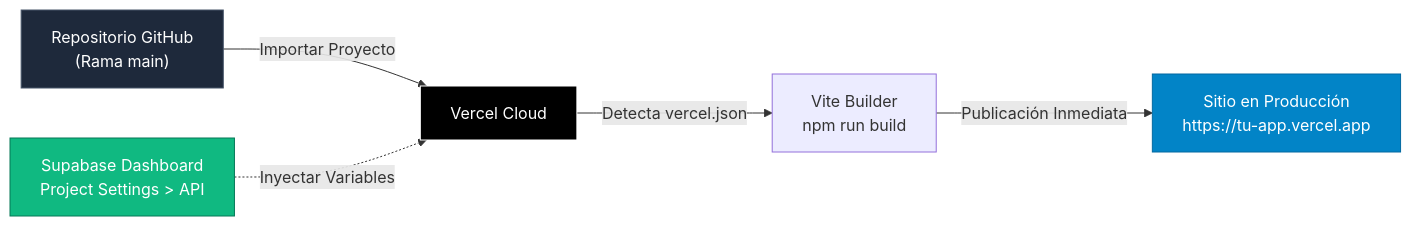
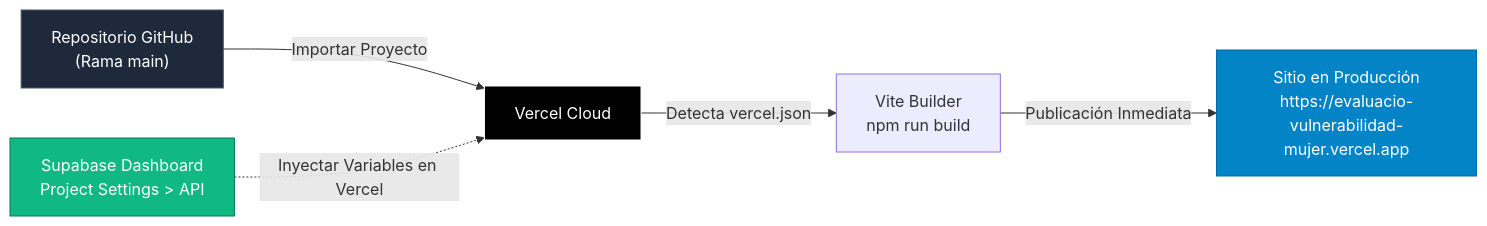
Before and after one commit to LillianaU/Evaluacio-Vulnerabilidad-mujer: the fifth of 5 diagrams in README.md, drawn with Mermaid. The commit also changed other lines of this file and 1 other file, not shown here.

First line of the commit message:
docs: add deployment details and Vercel project link

````diff
--- a/README.md
+++ b/README.md
@@ -405,12 +460,12 @@
 ```mermaid
 flowchart LR
     A["Repositorio GitHub<br/>(Rama main)"] -->|Importar Proyecto| B["Vercel Cloud"]
     B -->|Detecta vercel.json| C["Vite Builder<br/>npm run build"]
-    D["Supabase Dashboard<br/>Project Settings > API"] -.->|Inyectar Variables| B
-    C -->|Publicación Inmediata| E["Sitio en Producción<br/>https://tu-app.vercel.app"]
+    D["Supabase Dashboard<br/>Project Settings > API"] -.->|Inyectar Variables en Vercel| B
+    C -->|Publicación Inmediata| E["Sitio en Producción<br/>https://evaluacio-vulnerabilidad-mujer.vercel.app"]
 
     style A fill:#1e293b,stroke:#475569,color:#fff
     style B fill:#000,stroke:#fff,color:#fff
     style D fill:#10b981,stroke:#047857,color:#fff
     style E fill:#0284c7,stroke:#0369a1,color:#fff
 ```
````
